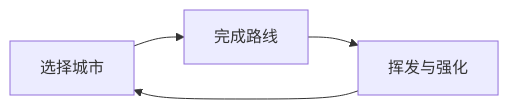
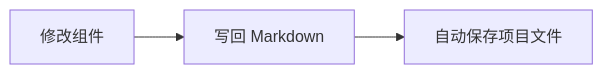
One commit to laihong06/pagenote changed the diagram in examples/markdown-s.md. Above: the diagram before and after it, drawn with Mermaid. The commit also changed other lines of this file and 69 other files, not shown here.

````diff
--- a/examples/markdown-s.md
+++ b/examples/markdown-s.md
@@ -9,4 +7,4 @@
 ```mermaid
 flowchart LR
- A[选择城市] --> B[完成路线] --> C[挥发与强化] --> A
+ A[修改组件] --> B[写回 Markdown] --> C[自动保存项目文件]
 ```
````
